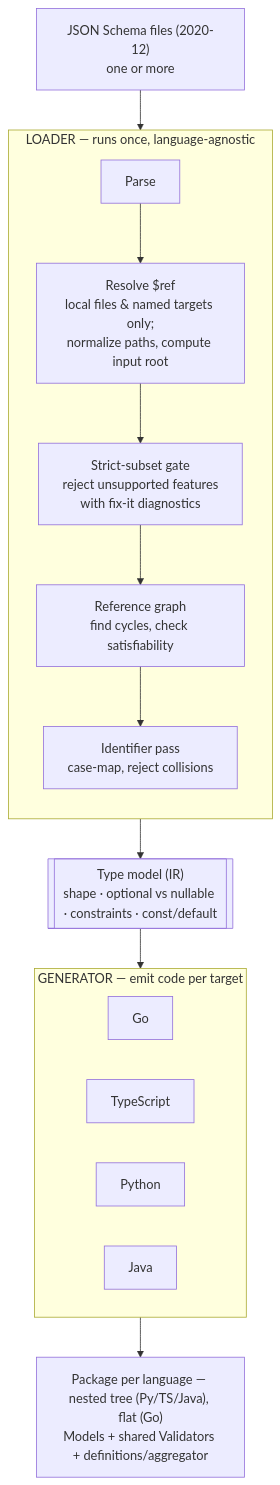
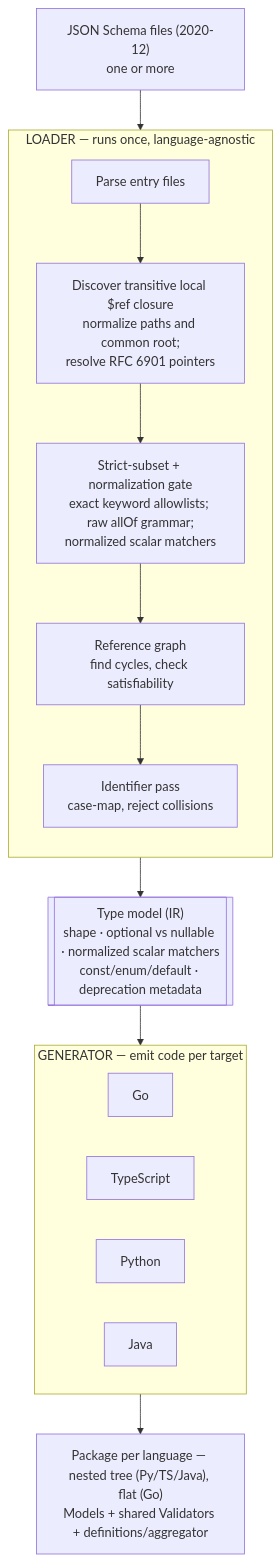
The first of 2 diagrams in specs/json-schema/pipeline.md (bergundy/nexgen), drawn with Mermaid before and after one commit. The commit also changed other lines of this file and 156 other files, not shown here.

First line of the commit message:
Complete JSON Schema spec conformance (#140)

````diff
--- a/specs/json-schema/pipeline.md
+++ b/specs/json-schema/pipeline.md
@@ -18,28 +25,28 @@
 ```mermaid
 flowchart TD
     F["JSON Schema files (2020-12)<br/>one or more"]
 
     subgraph LOADER["LOADER — runs once, language-agnostic"]
       direction TB
-      P["Parse"]
-      R["Resolve $ref<br/>local files & named targets only;<br/>normalize paths, compute input root"]
-      S["Strict-subset gate<br/>reject unsupported features<br/>with fix-it diagnostics"]
+      P["Parse entry files"]
+      R["Discover transitive local $ref closure<br/>normalize paths and common root;<br/>resolve RFC 6901 pointers"]
+      S["Strict-subset + normalization gate<br/>exact keyword allowlists; raw allOf grammar;<br/>normalized scalar matchers"]
       G["Reference graph<br/>find cycles, check satisfiability"]
       N["Identifier pass<br/>case-map, reject collisions"]
       P --> R --> S --> G --> N
     end
 
-    IR[["Type model (IR)<br/>shape · optional vs nullable · constraints · const/default"]]
+    IR[["Type model (IR)<br/>shape · optional vs nullable · normalized scalar matchers<br/>const/enum/default · deprecation metadata"]]
 
     subgraph GEN["GENERATOR — emit code per target"]
       direction LR
       GO["Go"]
       TS["TypeScript"]
       PY["Python"]
       JV["Java"]
     end
 
     OUT["Package per language — nested tree (Py/TS/Java), flat (Go)<br/>Models + shared Validators + definitions/aggregator"]
 
     F --> LOADER --> IR --> GEN --> OUT
 ```
````
